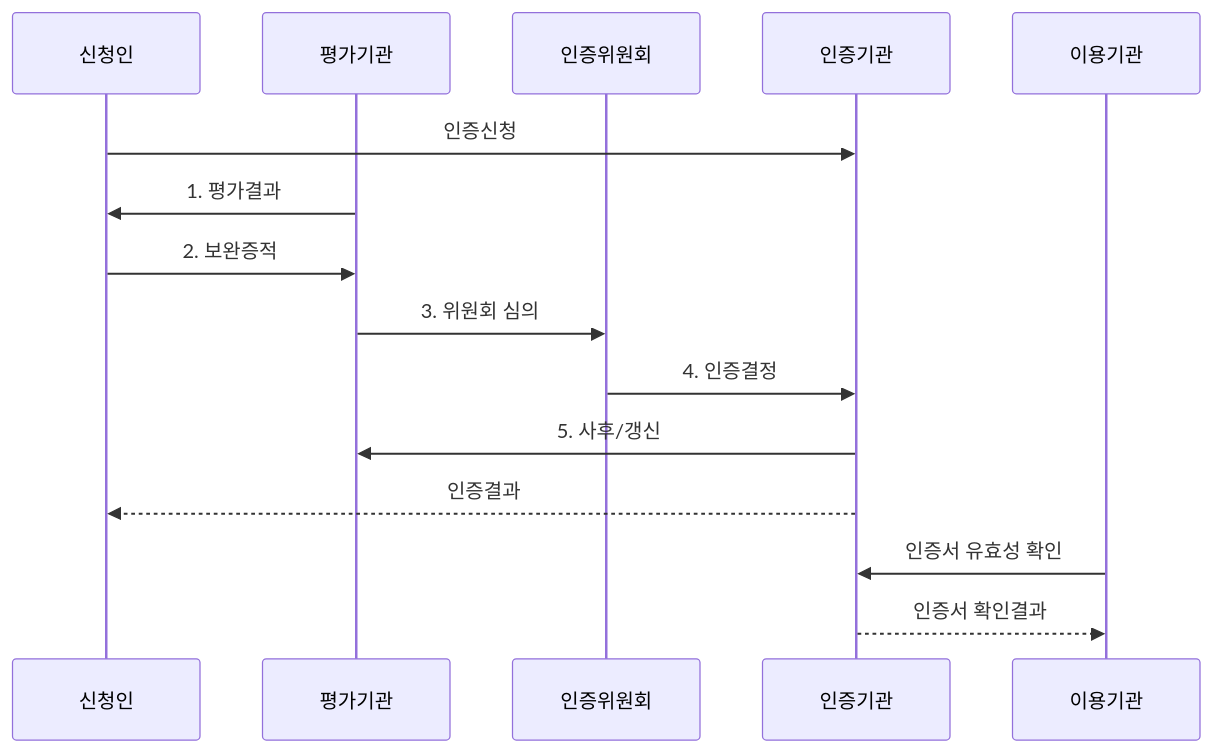
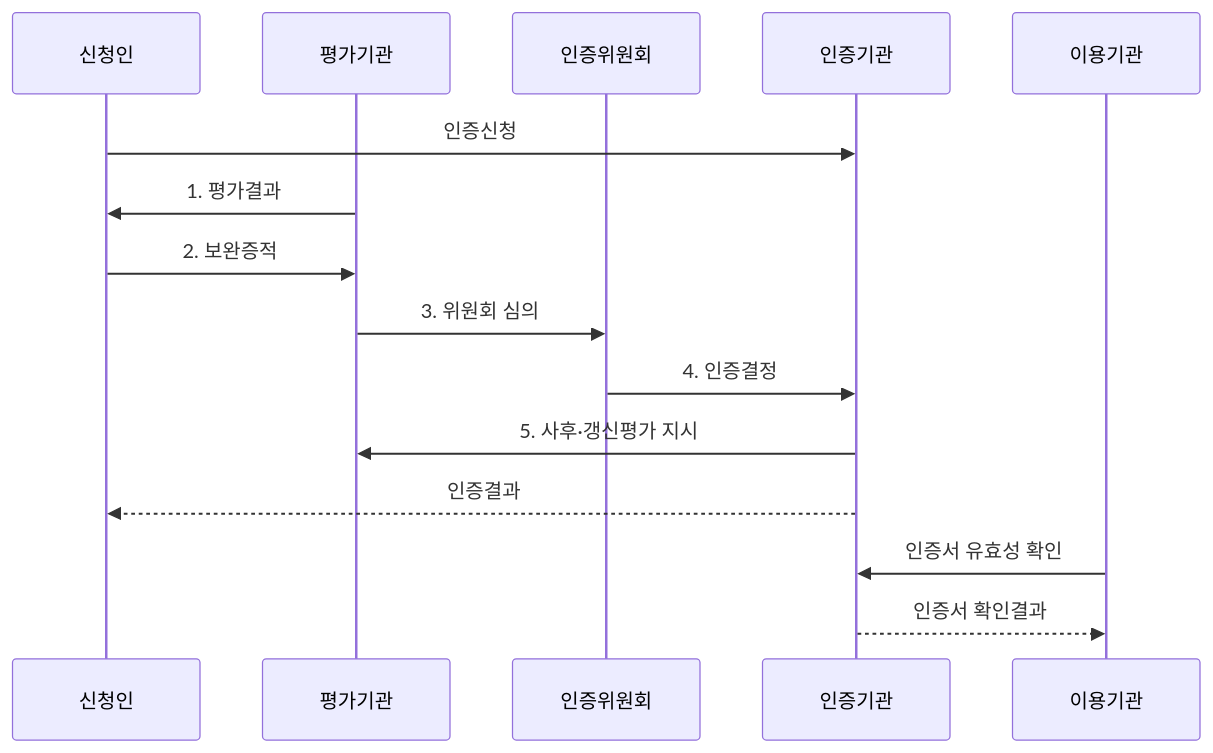
One commit to agnusdei1207/knowledge-base changed the second of 2 diagrams in src/content/docs/notes/05-security/075_csap.md. Above: the diagram before and after it, drawn with Mermaid. The commit also changed other lines of this file and 18 other files, not shown here.

````diff
--- a/src/content/docs/notes/05-security/075_csap.md
+++ b/src/content/docs/notes/05-security/075_csap.md
@@ -91,17 +91,17 @@
 ```mermaid
 sequenceDiagram
     participant A as 신청인
     participant E as 평가기관
     participant C as 인증위원회
     participant I as 인증기관
     participant U as 이용기관
     A->>I: 인증신청
     E->>A: 1. 평가결과
     A->>E: 2. 보완증적
     E->>C: 3. 위원회 심의
     C->>I: 4. 인증결정
-    I->>E: 5. 사후/갱신
+    I->>E: 5. 사후·갱신평가 지시
     I-->>A: 인증결과
     U->>I: 인증서 유효성 확인
     I-->>U: 인증서 확인결과
 ```
````
